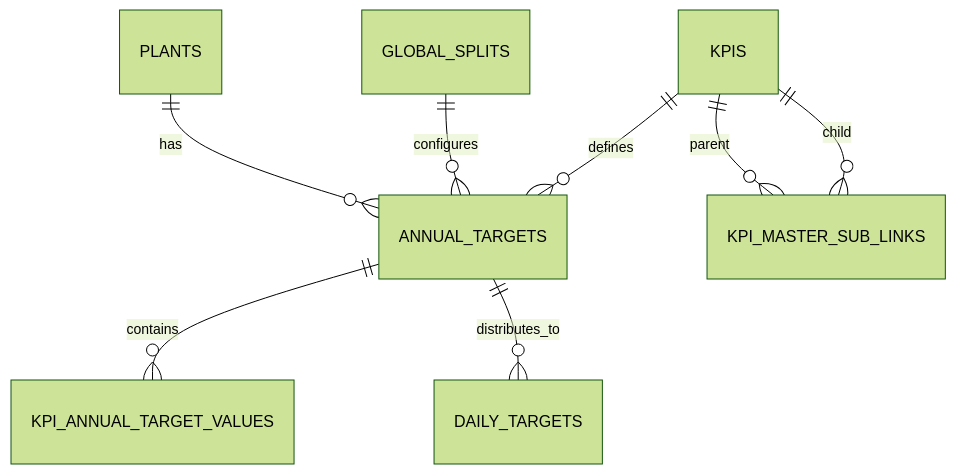
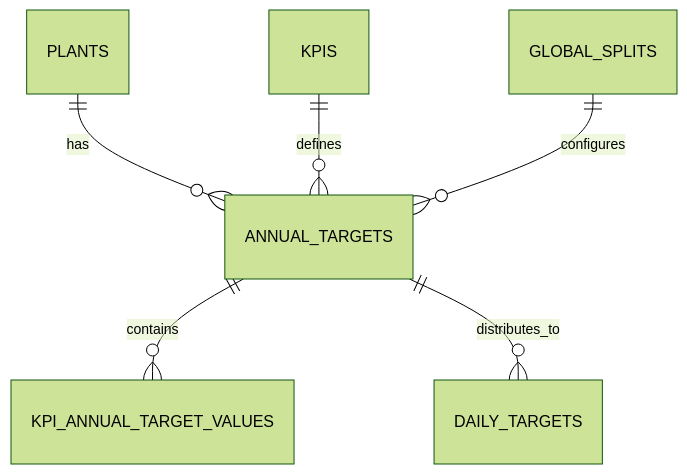
The diagram in docs/database_schema.md (MGriot/dataentryKPI), drawn with Mermaid (forest theme) before and after one commit. The commit also changed other lines of this file and 28 other files, not shown here.

Commit message:
feat: remove Master/Sub Link Management feature while preserving Calculated KPI logic

````diff
--- a/docs/database_schema.md
+++ b/docs/database_schema.md
@@ -61,12 +53,9 @@
 ```mermaid
 erDiagram
     PLANTS ||--o{ ANNUAL_TARGETS : "has"
     KPIS ||--o{ ANNUAL_TARGETS : "defines"
     GLOBAL_SPLITS ||--o{ ANNUAL_TARGETS : "configures"
     
     ANNUAL_TARGETS ||--o{ KPI_ANNUAL_TARGET_VALUES : "contains"
     ANNUAL_TARGETS ||--o{ DAILY_TARGETS : "distributes_to"
-    
-    KPIS ||--o{ KPI_MASTER_SUB_LINKS : "parent"
-    KPIS ||--o{ KPI_MASTER_SUB_LINKS : "child"
 ```
````
